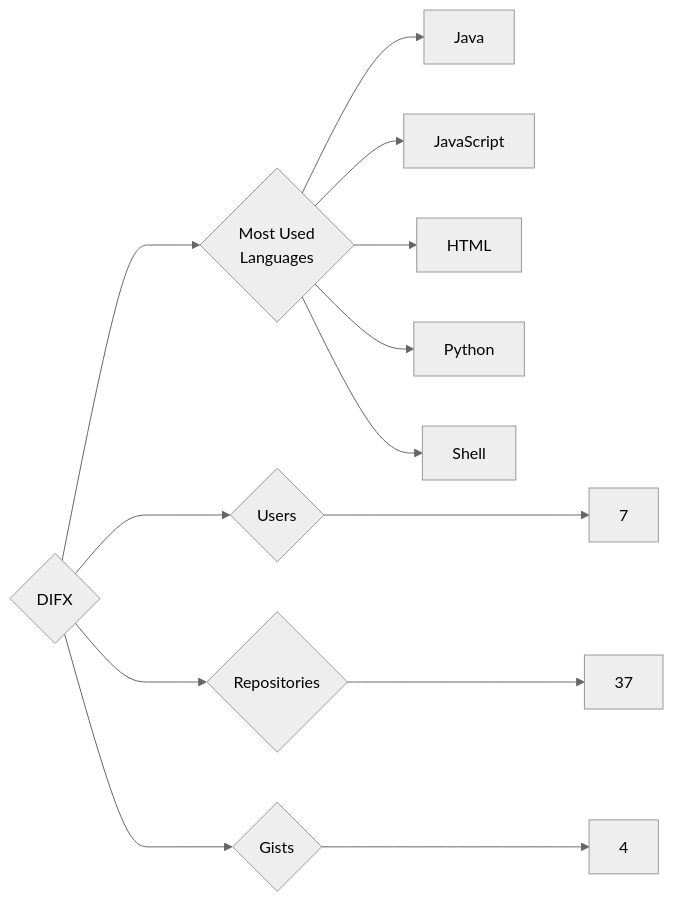
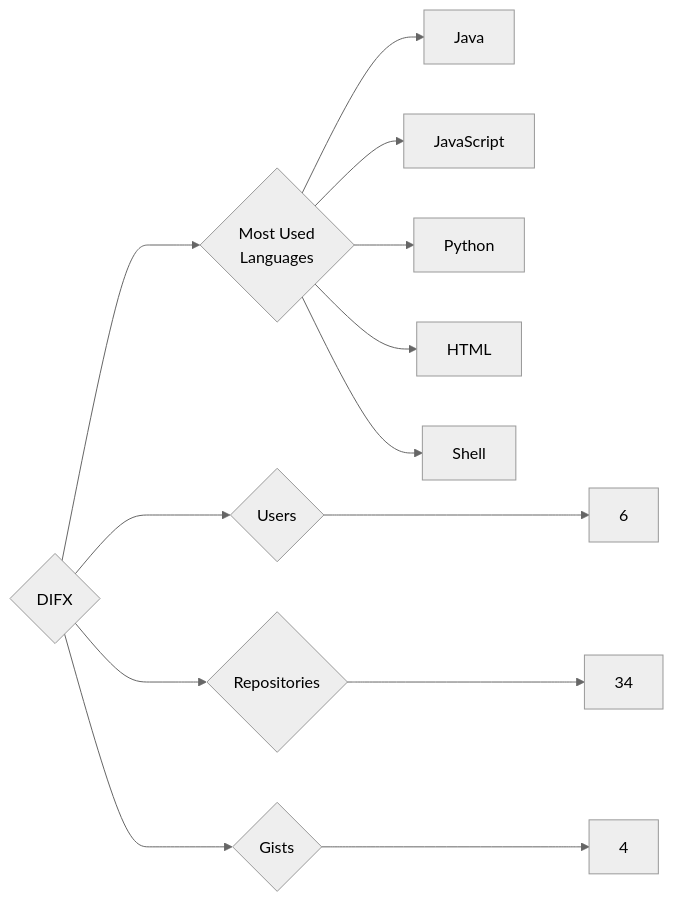
Before and after one commit to trickest/insiders: the diagram in targets/DIFX/README.md, drawn with Mermaid (neutral theme). The commit also changed 1092 other files, not shown here.

````diff
--- a/targets/DIFX/README.md
+++ b/targets/DIFX/README.md
@@ -3,13 +3,13 @@
 ```mermaid
 graph LR
 COMPANY_NAME{DIFX}
-COMPANY_NAME ---> U{Users} ---> UN[7]
-COMPANY_NAME ---> R{Repositories} ---> RN[37]
+COMPANY_NAME ---> U{Users} ---> UN[6]
+COMPANY_NAME ---> R{Repositories} ---> RN[34]
 COMPANY_NAME ---> G{Gists} ---> GN[4]
 COMPANY_NAME ---> ML{Most Used<br>Languages}
 ML --> Java[Java]
 ML --> JavaScript[JavaScript]
+ML --> Python[Python]
 ML --> HTML[HTML]
-ML --> Python[Python]
 ML --> Shell[Shell]
 ```
````
